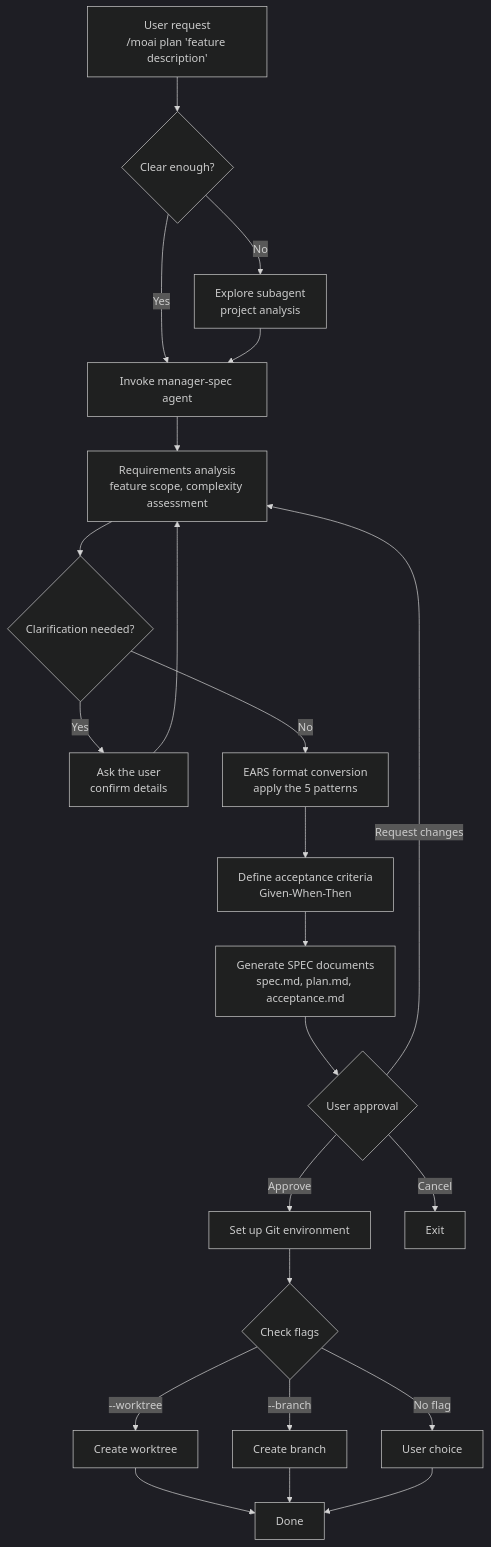
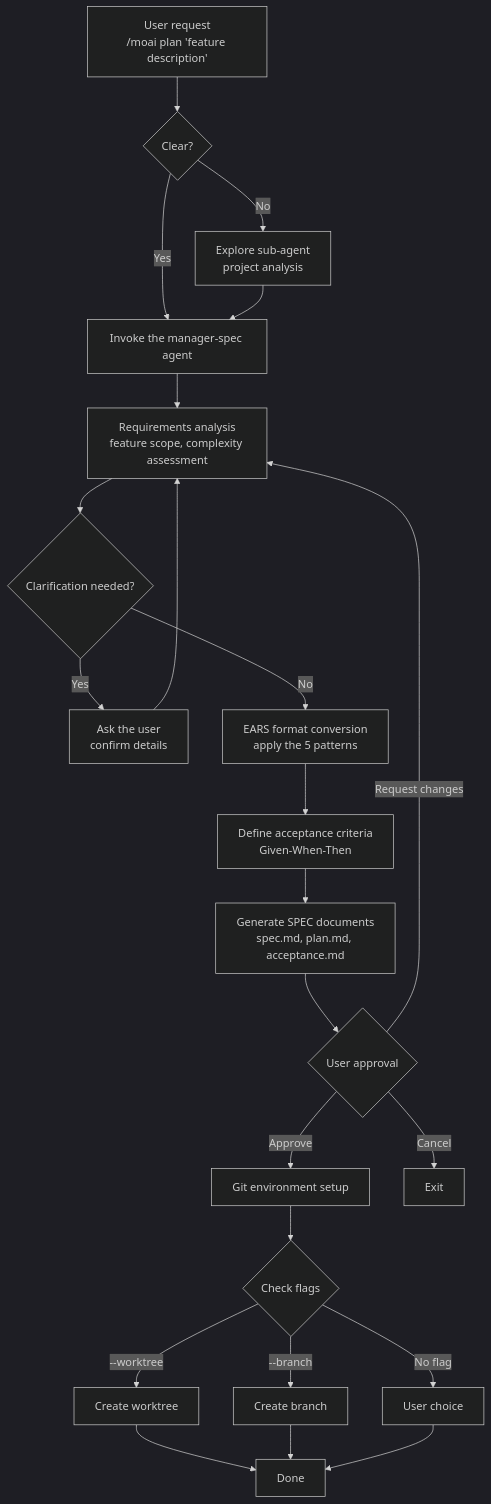
Before and after one commit to modu-ai/moai-adk: the first of 2 diagrams in docs-site/content/en/workflow-commands/moai-plan.md, drawn with Mermaid (dark theme). The commit also changed other lines of this file and 180 other files, not shown here.

````diff
--- a/docs-site/content/en/workflow-commands/moai-plan.md
+++ b/docs-site/content/en/workflow-commands/moai-plan.md
@@ -115,25 +115,25 @@
 ```mermaid
 flowchart TD
-    A["User request<br/>/moai plan 'feature description'"] --> B{Clear enough?}
-    B -->|No| C["Explore subagent<br/>project analysis"]
-    B -->|Yes| D["Invoke manager-spec agent"]
+    A["User request<br/>/moai plan 'feature description'"] --> B{Clear?}
+    B -->|No| C["Explore sub-agent<br/>project analysis"]
+    B -->|Yes| D["Invoke the manager-spec agent"]
     C --> D
     D --> E["Requirements analysis<br/>feature scope, complexity assessment"]
     E --> F{"Clarification needed?"}
     F -->|Yes| G["Ask the user<br/>confirm details"]
     G --> E
     F -->|No| H["EARS format conversion<br/>apply the 5 patterns"]
     H --> I["Define acceptance criteria<br/>Given-When-Then"]
     I --> J["Generate SPEC documents<br/>spec.md, plan.md, acceptance.md"]
     J --> K{"User approval"}
-    K -->|Approve| L["Set up Git environment"]
+    K -->|Approve| L["Git environment setup"]
     K -->|Request changes| E
     K -->|Cancel| M["Exit"]
     L --> N{"Check flags"}
     N -->|--worktree| O["Create worktree"]
     N -->|--branch| P["Create branch"]
     N -->|No flag| Q["User choice"]
     O --> R["Done"]
     P --> R
     Q --> R
 ```
````
